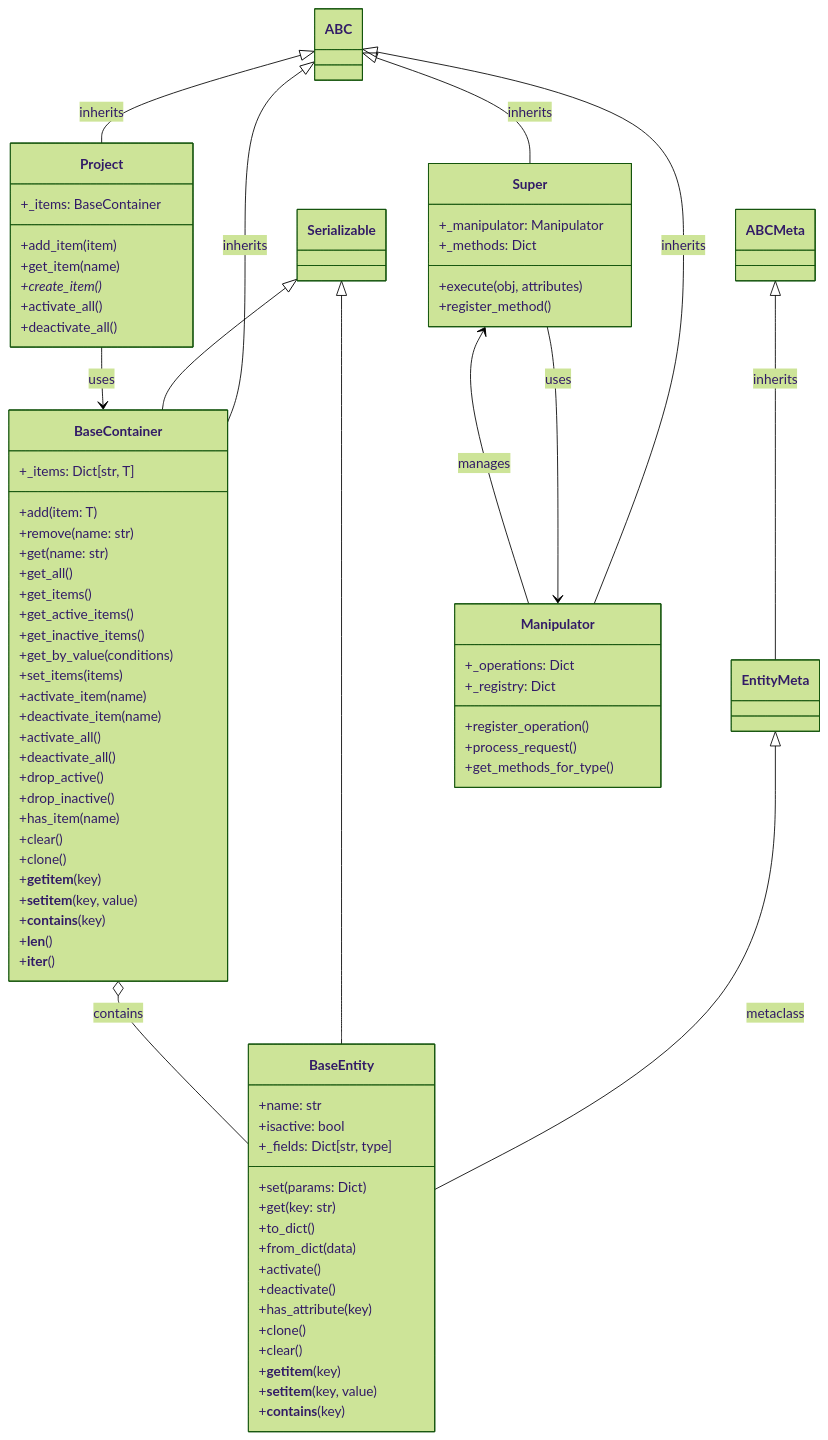
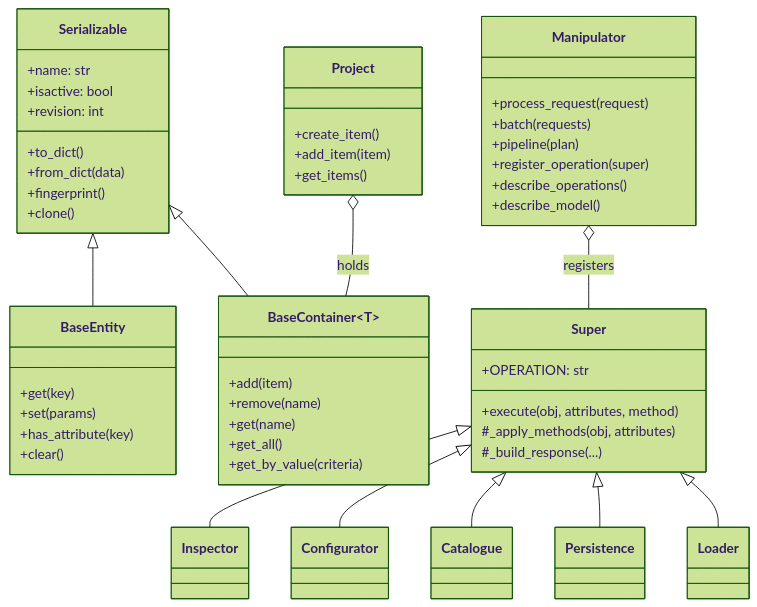
One commit to Torward1024/MSB changed the second of 11 diagrams in docs/diagrams.md. Above: the diagram before and after it, drawn with Mermaid (forest theme). The commit also changed other lines of this file and 5 other files, not shown here.

First line of the commit message:
12.08.2026 -- Rewrite base.md, docs/README.md, architecture.md and the diagrams.

````diff
--- a/docs/diagrams.md
+++ b/docs/diagrams.md
@@ -59,92 +52,60 @@
 classDiagram
     direction TB
 
-    %% Abstract Base Classes
-     ABCMeta <|-- EntityMeta : inherits
-     EntityMeta <|-- BaseEntity : metaclass
-     ABC <|-- BaseContainer : inherits
-     ABC <|-- Super : inherits
-     ABC <|-- Project : inherits
-     ABC <|-- Manipulator : inherits
-
-    %% Base Layer
-    Serializable <|-- BaseEntity
-    Serializable <|-- BaseContainer
+    class Serializable {
+        +name: str
+        +isactive: bool
+        +revision: int
+        +to_dict()
+        +from_dict(data)
+        +fingerprint()
+        +clone()
+    }
 
     class BaseEntity {
-        +name: str
-        +isactive: bool
-        +_fields: Dict[str, type]
-        +set(params: Dict)
-        +get(key: str)
-        +to_dict()
-        +from_dict(data)
-        +activate()
-        +deactivate()
+        +get(key)
+        +set(params)
         +has_attribute(key)
-        +clone()
         +clear()
-        +__getitem__(key)
-        +__setitem__(key, value)
-        +__contains__(key)
     }
 
-    class BaseContainer {
-        +_items: Dict[str, T]
-        +add(item: T)
-        +remove(name: str)
-        +get(name: str)
+    class BaseContainer~T~ {
+        +add(item)
+        +remove(name)
+        +get(name)
         +get_all()
-        +get_items()
-        +get_active_items()
-        +get_inactive_items()
-        +get_by_value(conditions)
-        +set_items(items)
-        +activate_item(name)
-        +deactivate_item(name)
-        +activate_all()
-        +deactivate_all()
-        +drop_active()
-        +drop_inactive()
-        +has_item(name)
-        +clear()
-        +clone()
-        +__getitem__(key)
-        +__setitem__(key, value)
-        +__contains__(key)
-        +__len__()
-        +__iter__()
+        +get_by_value(criteria)
     }
 
-    %% Super Layer
     class Super {
-        +_manipulator: Manipulator
-        +_methods: Dict
-        +execute(obj, attributes)
-        +register_method()
+        +OPERATION: str
+        +execute(obj, attributes, method)
+        #_apply_methods(obj, attributes)
+        #_build_response(...)
+    }
+
+    class Manipulator {
+        +process_request(request)
+        +batch(requests)
+        +pipeline(plan)
+        +register_operation(super)
+        +describe_operations()
+        +describe_model()
     }
 
     class Project {
-        +_items: BaseContainer
+        +create_item()
         +add_item(item)
-        +get_item(name)
-        +create_item()*
-        +activate_all()
-        +deactivate_all()
+        +get_items()
     }
 
-    %% Mega Layer
-    class Manipulator {
-        +_operations: Dict
-        +_registry: Dict
-        +register_operation()
-        +process_request()
-        +get_methods_for_type()
-    }
-
-    %% Relationships
-    Super --> Manipulator : uses
-    Project --> BaseContainer : uses
-    Manipulator --> Super : manages
-    BaseContainer o-- BaseEntity : contains
+    Serializable <|-- BaseEntity
+    Serializable <|-- BaseContainer
+    Super <|-- Inspector
+    Super <|-- Configurator
+    Super <|-- Catalogue
+    Super <|-- Persistence
+    Super <|-- Loader
+    Manipulator o-- Super : registers
+    Project o-- BaseContainer : holds
 ```
````
